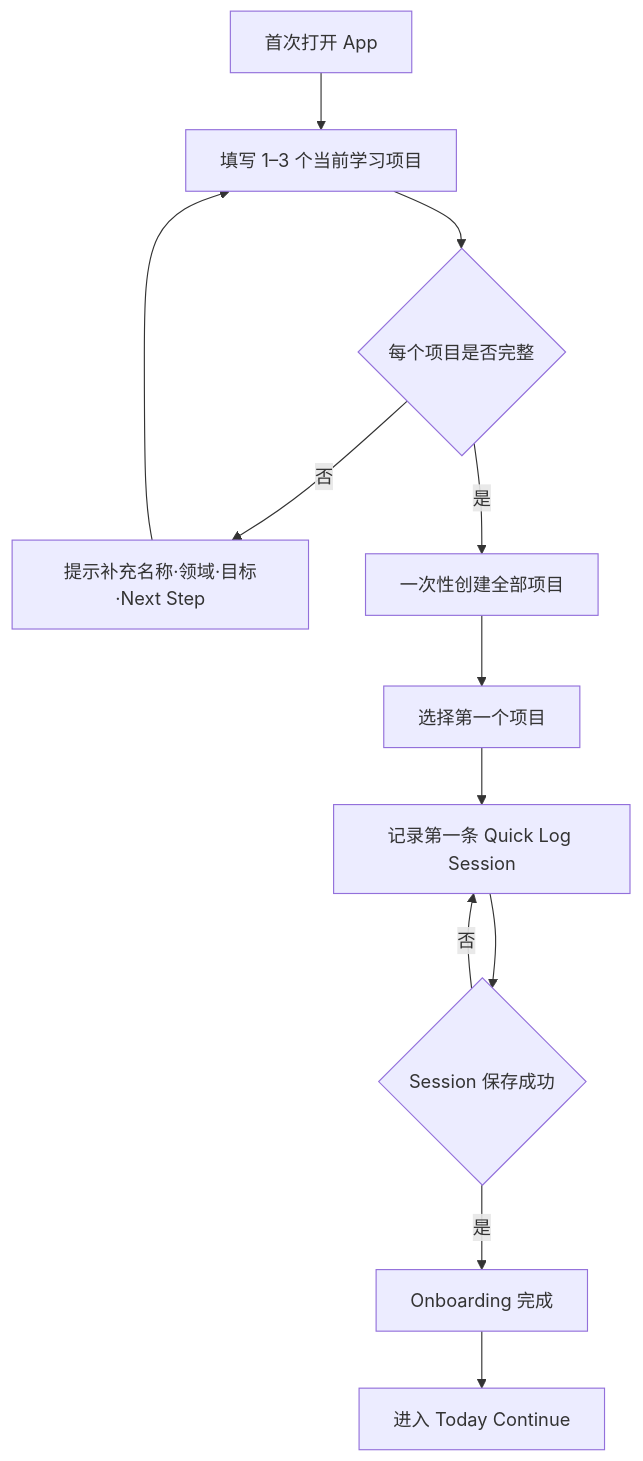
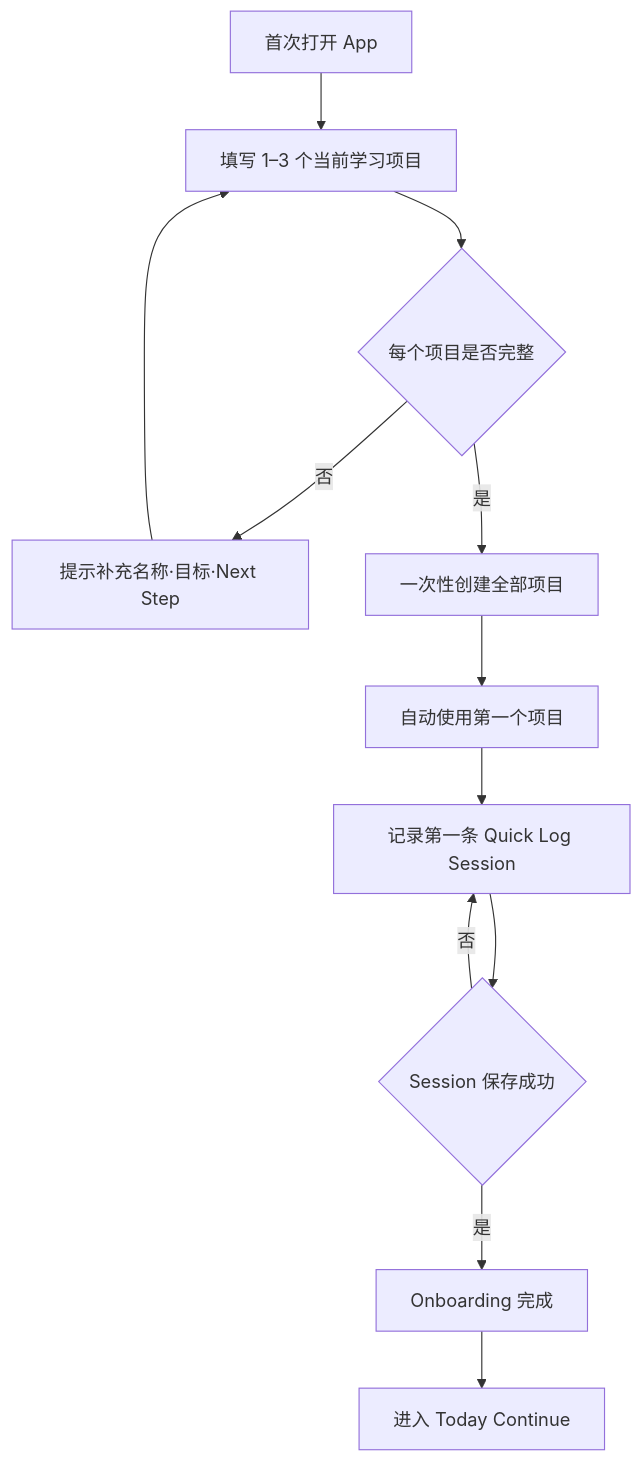
Before and after one commit to Panhe-C/self-study-studio: the fifth of 10 diagrams in docs/superpowers/plans/2026-07-12-product-function-diagrams.md, drawn with Mermaid. The commit also changed other lines of this file and 8 other files, not shown here.

Commit message:
docs: harden diagram accuracy and rendering

````diff
--- a/docs/superpowers/plans/2026-07-12-product-function-diagrams.md
+++ b/docs/superpowers/plans/2026-07-12-product-function-diagrams.md
@@ -198,14 +201,14 @@
 ```mermaid
 flowchart TD
   A[首次打开 App] --> B[填写 1–3 个当前学习项目]
   B --> C{每个项目是否完整}
-  C -->|否| D[提示补充名称·领域·目标·Next Step]
+  C -->|否| D[提示补充名称·目标·Next Step]
   D --> B
   C -->|是| E[一次性创建全部项目]
-  E --> F[选择第一个项目]
+  E --> F[自动使用第一个项目]
   F --> G[记录第一条 Quick Log Session]
   G --> H{Session 保存成功}
   H -->|否| G
   H -->|是| I[Onboarding 完成]
   I --> J[进入 Today Continue]
 ```
````
